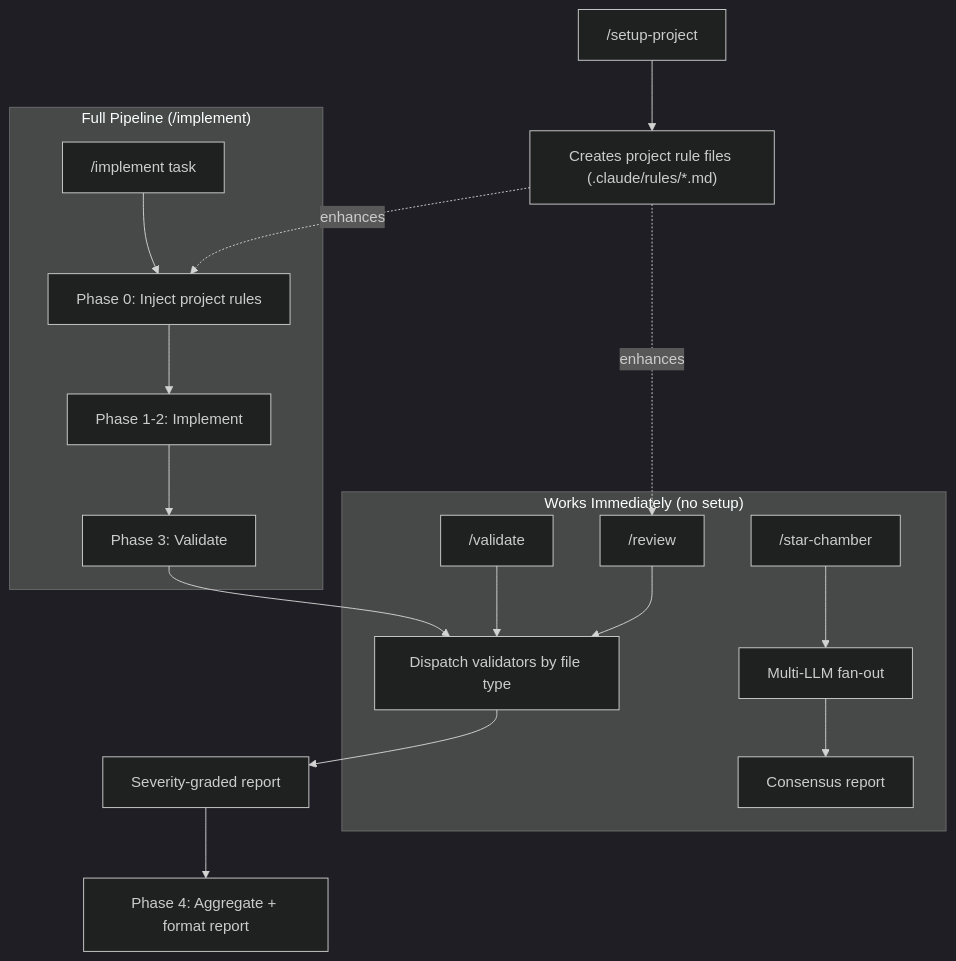
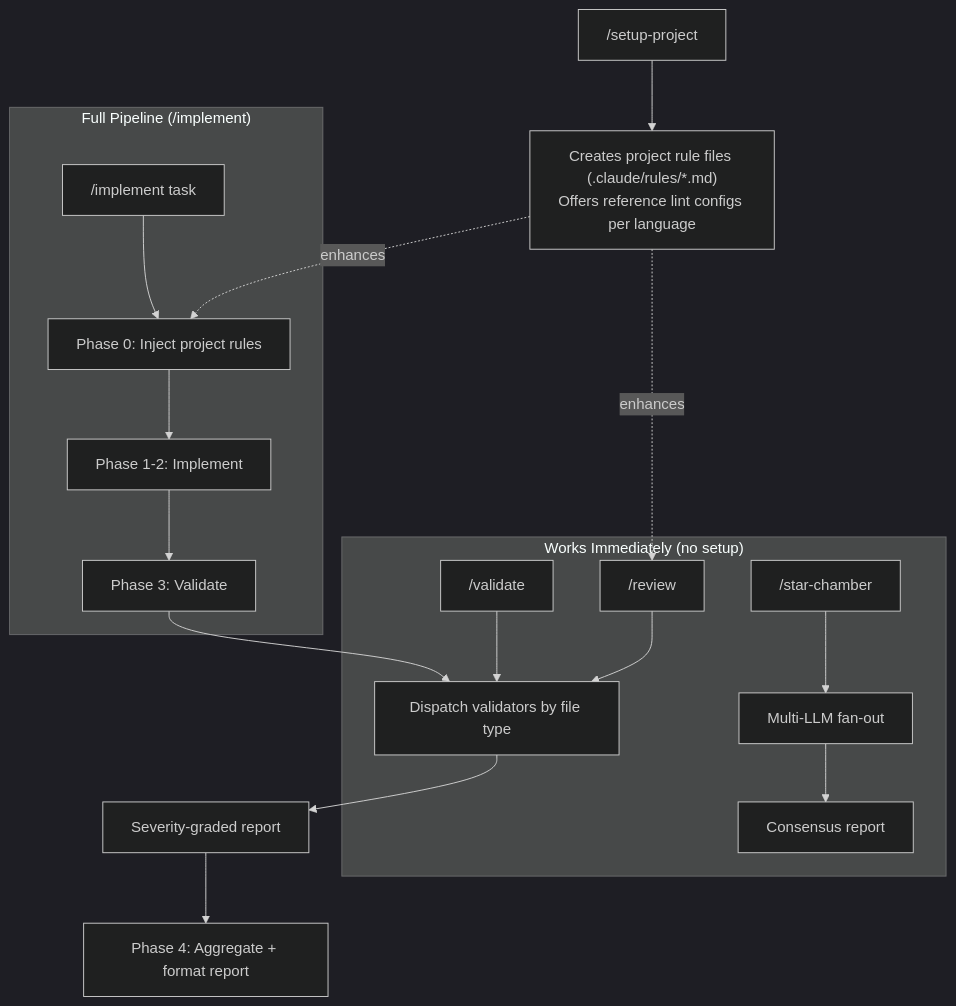
One commit to peteski22/agent-pragma changed the first of 7 diagrams in ARCHITECTURE.md. Above: the diagram before and after it, drawn with Mermaid (dark theme). The commit also changed other lines of this file and 9 other files, not shown here.

First line of the commit message:
Fix per-language lint config detection and enable subagent skill invocation (#116)

````diff
--- a/ARCHITECTURE.md
+++ b/ARCHITECTURE.md
@@ -9,24 +9,24 @@
 ```mermaid
 flowchart TB
     subgraph Standalone["Works Immediately (no setup)"]
         V["/validate"] --> Validators
         R["/review"] --> Validators
         SC["/star-chamber"] --> SCR["Multi-LLM fan-out"]
         SCR --> SCS["Consensus report"]
     end
 
     Validators["Dispatch validators by file type"] --> Report["Severity-graded report"]
 
     subgraph Pipeline["Full Pipeline (/implement)"]
         I["/implement task"] --> P0["Phase 0: Inject project rules"]
         P0 --> P12["Phase 1-2: Implement"]
         P12 --> P3["Phase 3: Validate"]
     end
 
     P3 --> Validators
     Report --> P4["Phase 4: Aggregate + format report"]
 
-    S["/setup-project"] --> SR["Creates project rule files (.claude/rules/*.md)"]
+    S["/setup-project"] --> SR["Creates project rule files (.claude/rules/*.md)<br/>Offers reference lint configs per language"]
     SR -.->|"enhances"| P0
     SR -.->|"enhances"| R
 ```
````
